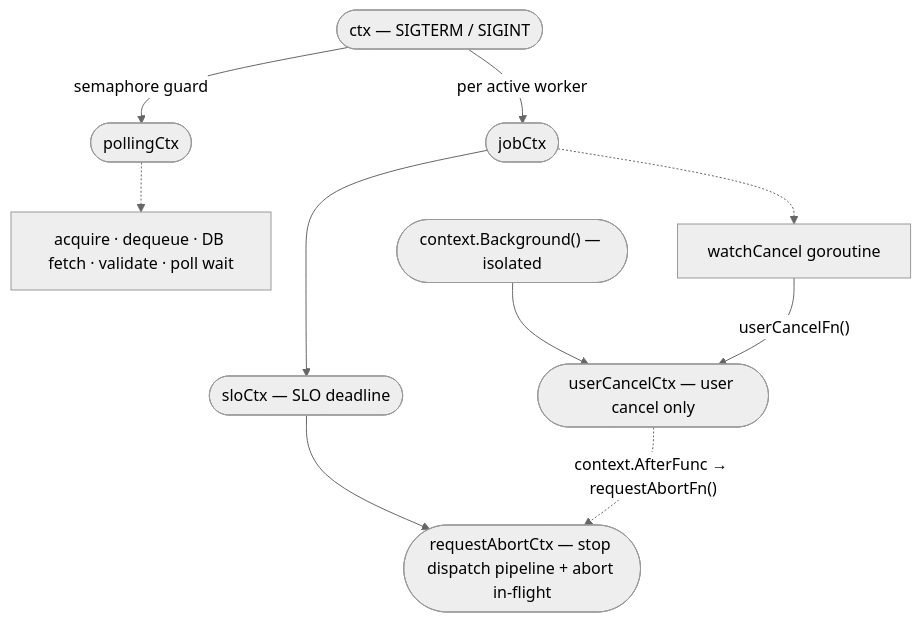
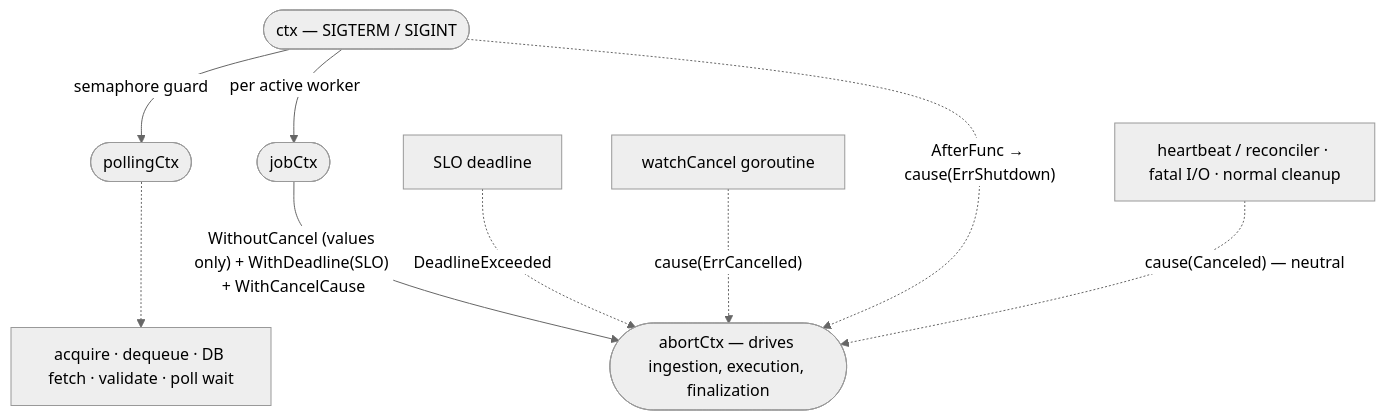
The second of 4 diagrams in docs/design/batch_processor_architecture.md (llm-d-incubation/batch-gateway), drawn with Mermaid (neutral theme) before and after one commit. The commit also changed other lines of this file, not shown here.

````diff
--- a/docs/design/batch_processor_architecture.md
+++ b/docs/design/batch_processor_architecture.md
@@ -232,19 +234,16 @@
 ```mermaid
 graph TD
     ctx(["ctx — SIGTERM / SIGINT"])
 
     ctx -->|"semaphore guard"| pollingCtx(["pollingCtx"])
     ctx -->|"per active worker"| jobCtx(["jobCtx"])
 
     pollingCtx -.-> polling["acquire · dequeue · DB fetch · validate · poll wait"]
 
-    jobCtx --> sloCtx(["sloCtx — SLO deadline"])
-    jobCtx -.-> watchCancel["watchCancel goroutine"]
+    jobCtx -->|"WithoutCancel (values only) + WithDeadline(SLO) + WithCancelCause"| abortCtx(["abortCtx — drives ingestion, execution, finalization"])
 
-    sloCtx --> requestAbortCtx(["requestAbortCtx — stop dispatch pipeline + abort in-flight"])
-
-    bg(["context.Background() — isolated"])
-    bg --> userCancelCtx(["userCancelCtx — user cancel only"])
-    watchCancel -->|"userCancelFn()"| userCancelCtx
-    userCancelCtx -.->|"context.AfterFunc → requestAbortFn()"| requestAbortCtx
+    slo["SLO deadline"] -.->|"DeadlineExceeded"| abortCtx
+    watchCancel["watchCancel goroutine"] -.->|"cause(ErrCancelled)"| abortCtx
+    ctx -.->|"AfterFunc → cause(ErrShutdown)"| abortCtx
+    reconciler["heartbeat / reconciler · fatal I/O · normal cleanup"] -.->|"cause(Canceled) — neutral"| abortCtx
 ```
````
